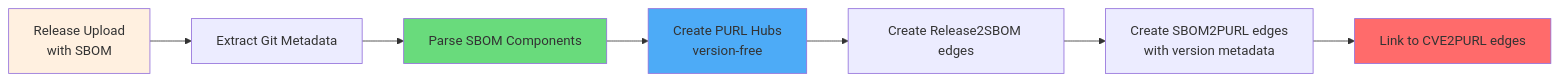
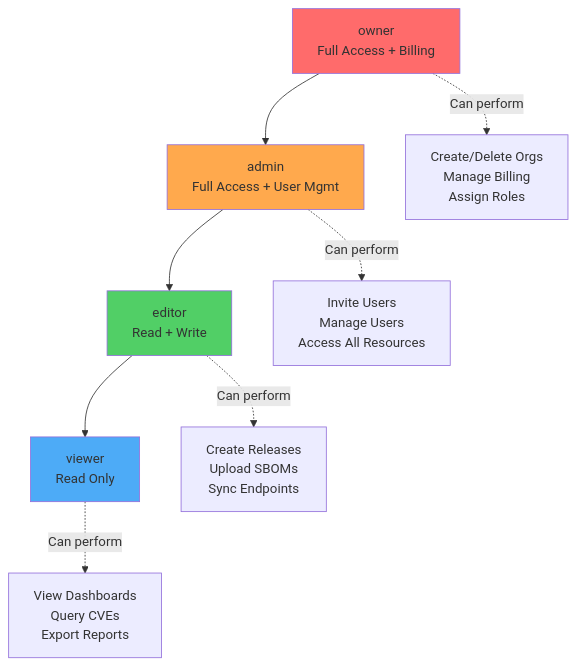
One commit to codeWithUtkarsh/pdvd-backend changed the third of 15 diagrams in design.md. Above: the diagram before and after it, drawn with Mermaid. The commit also changed other lines of this file and 2 other files, not shown here.

````diff
--- a/design.md
+++ b/design.md
@@ -184,14 +152,16 @@
 ```mermaid
-flowchart LR
-    A[Release Upload<br/>with SBOM] --> B[Extract Git Metadata]
-    B --> C[Parse SBOM Components]
-    C --> D[Create PURL Hubs<br/>version-free]
-    D --> E[Create Release2SBOM edges]
-    E --> F[Create SBOM2PURL edges<br/>with version metadata]
-    F --> G[Link to CVE2PURL edges]
+graph TD
+    Owner[owner<br/>Full Access + Billing] --> Admin[admin<br/>Full Access + User Mgmt]
+    Admin --> Editor[editor<br/>Read + Write]
+    Editor --> Viewer[viewer<br/>Read Only]
     
-    style A fill:#fff0e0
-    style C fill:#69db7c
-    style D fill:#4dabf7
-    style G fill:#ff6b6b
+    Owner -.->|Can perform| OA[Create/Delete Orgs<br/>Manage Billing<br/>Assign Roles]
+    Admin -.->|Can perform| AA[Invite Users<br/>Manage Users<br/>Access All Resources]
+    Editor -.->|Can perform| EA[Create Releases<br/>Upload SBOMs<br/>Sync Endpoints]
+    Viewer -.->|Can perform| VA[View Dashboards<br/>Query CVEs<br/>Export Reports]
+    
+    style Owner fill:#ff6b6b
+    style Admin fill:#ffa94d
+    style Editor fill:#51cf66
+    style Viewer fill:#4dabf7
 ```
````
